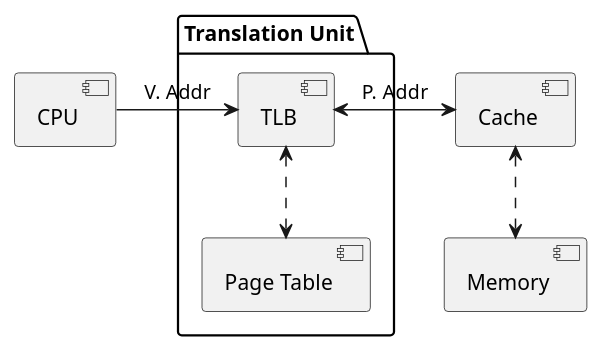
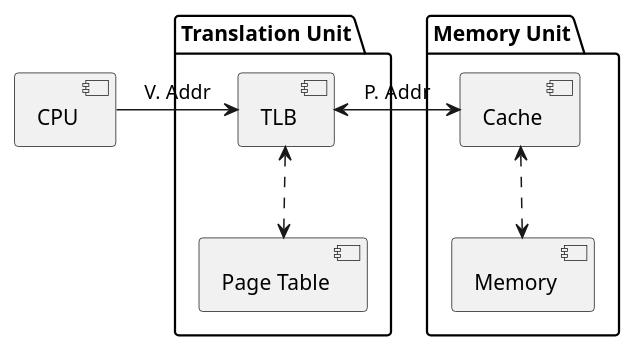
Before and after one commit to ashwinreddy/wiki: the diagram in Computer-Science/Page table.md, drawn with PlantUML.

Commit message:
Updated Page table.md (markdown)

```diff
--- a/Computer-Science/Page table.md
+++ b/Computer-Science/Page table.md
@@ -6,16 +6,19 @@
 @startuml
 
 package "Translation Unit" {
   [TLB]
   [Page Table]
 }
 
+package "Memory Unit" {
+    [Cache]
+    [Memory]
+}
+
 [CPU]
-[Cache]
-[Memory]
 
 [CPU] -> [TLB]: V. Addr
 [TLB] <-> [Cache]: P. Addr
 [TLB] <..> [Page Table]
 [Cache] <..> [Memory]
 @enduml
```
